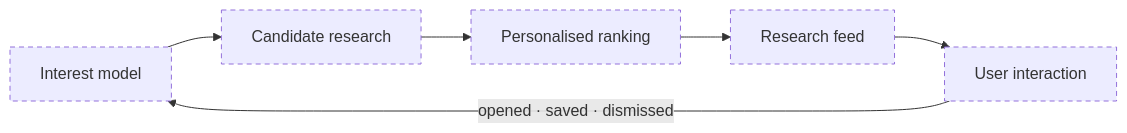
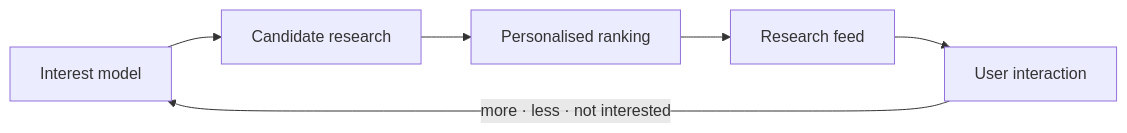
Before and after one commit to joshwmy/Academious: the first of 2 diagrams in docs/product.md, drawn with Mermaid. The commit also changed other lines of this file and 114 other files, not shown here.

````diff
--- a/docs/product.md
+++ b/docs/product.md
@@ -121,11 +121,10 @@
 ```mermaid
 flowchart LR
     IM[Interest model] --> CR[Candidate research]
     CR --> RK[Personalised ranking]
     RK --> FD[Research feed]
     FD --> UX[User interaction]
-    UX -->|opened · saved · dismissed| IM
+    UX -->|more · less · not interested| IM
 
     classDef planned stroke-dasharray: 5 4;
-    class IM,CR,RK,FD,UX planned;
 ```
````
